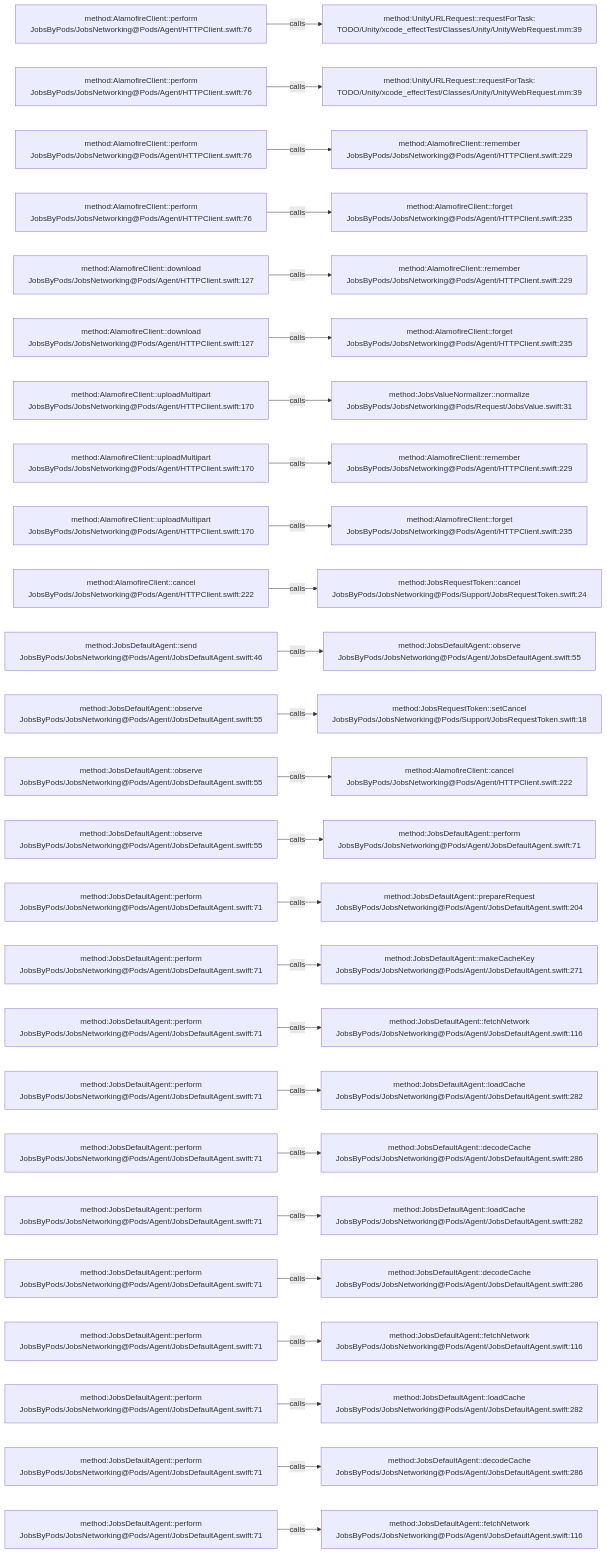
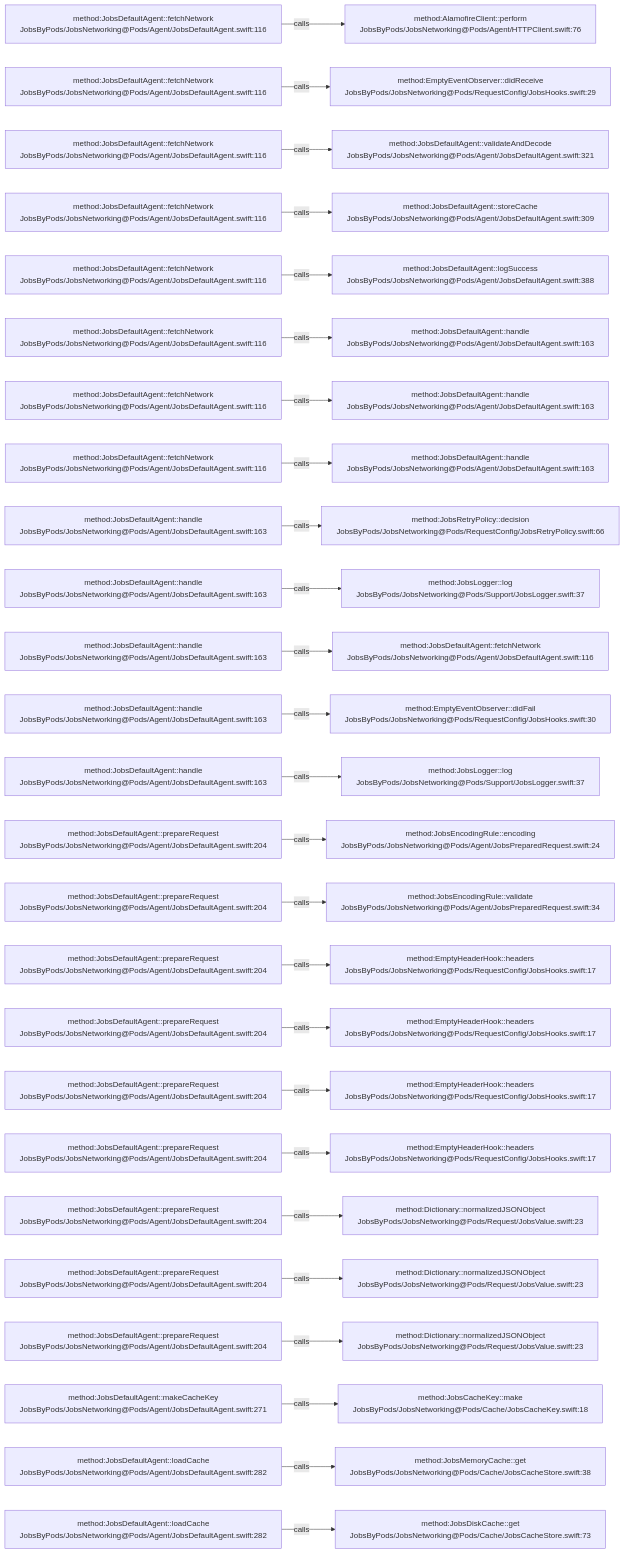
Before and after one commit to JobsKits/JobsSwiftBaseConfigDemo: the diagram in .codegraph/codegraph.md/graphs/calls-008.md, drawn with Mermaid. The commit also changed 2959 other files, not shown here.

````diff
--- a/.codegraph/codegraph.md/graphs/calls-008.md
+++ b/.codegraph/codegraph.md/graphs/calls-008.md
@@ -13,78 +13,78 @@
 ```mermaid
 flowchart LR
-  S1["method:AlamofireClient::perform<br/>JobsByPods/JobsNetworking@Pods/Agent/HTTPClient.swift:76"]
-  T1["method:UnityURLRequest::requestForTask:<br/>TODO/Unity/xcode_effectTest/Classes/Unity/UnityWebRequest.mm:39"]
+  S1["method:JobsDefaultAgent::fetchNetwork<br/>JobsByPods/JobsNetworking@Pods/Agent/JobsDefaultAgent.swift:116"]
+  T1["method:AlamofireClient::perform<br/>JobsByPods/JobsNetworking@Pods/Agent/HTTPClient.swift:76"]
   S1 -->|calls| T1
-  S2["method:AlamofireClient::perform<br/>JobsByPods/JobsNetworking@Pods/Agent/HTTPClient.swift:76"]
-  T2["method:UnityURLRequest::requestForTask:<br/>TODO/Unity/xcode_effectTest/Classes/Unity/UnityWebRequest.mm:39"]
+  S2["method:JobsDefaultAgent::fetchNetwork<br/>JobsByPods/JobsNetworking@Pods/Agent/JobsDefaultAgent.swift:116"]
+  T2["method:EmptyEventObserver::didReceive<br/>JobsByPods/JobsNetworking@Pods/RequestConfig/JobsHooks.swift:29"]
   S2 -->|calls| T2
-  S3["method:AlamofireClient::perform<br/>JobsByPods/JobsNetworking@Pods/Agent/HTTPClient.swift:76"]
-  T3["method:AlamofireClient::remember<br/>JobsByPods/JobsNetworking@Pods/Agent/HTTPClient.swift:229"]
+  S3["method:JobsDefaultAgent::fetchNetwork<br/>JobsByPods/JobsNetworking@Pods/Agent/JobsDefaultAgent.swift:116"]
+  T3["method:JobsDefaultAgent::validateAndDecode<br/>JobsByPods/JobsNetworking@Pods/Agent/JobsDefaultAgent.swift:321"]
   S3 -->|calls| T3
-  S4["method:AlamofireClient::perform<br/>JobsByPods/JobsNetworking@Pods/Agent/HTTPClient.swift:76"]
-  T4["method:AlamofireClient::forget<br/>JobsByPods/JobsNetworking@Pods/Agent/HTTPClient.swift:235"]
+  S4["method:JobsDefaultAgent::fetchNetwork<br/>JobsByPods/JobsNetworking@Pods/Agent/JobsDefaultAgent.swift:116"]
+  T4["method:JobsDefaultAgent::storeCache<br/>JobsByPods/JobsNetworking@Pods/Agent/JobsDefaultAgent.swift:309"]
   S4 -->|calls| T4
-  S5["method:AlamofireClient::download<br/>JobsByPods/JobsNetworking@Pods/Agent/HTTPClient.swift:127"]
-  T5["method:AlamofireClient::remember<br/>JobsByPods/JobsNetworking@Pods/Agent/HTTPClient.swift:229"]
+  S5["method:JobsDefaultAgent::fetchNetwork<br/>JobsByPods/JobsNetworking@Pods/Agent/JobsDefaultAgent.swift:116"]
+  T5["method:JobsDefaultAgent::logSuccess<br/>JobsByPods/JobsNetworking@Pods/Agent/JobsDefaultAgent.swift:388"]
   S5 -->|calls| T5
-  S6["method:AlamofireClient::download<br/>JobsByPods/JobsNetworking@Pods/Agent/HTTPClient.swift:127"]
-  T6["method:AlamofireClient::forget<br/>JobsByPods/JobsNetworking@Pods/Agent/HTTPClient.swift:235"]
+  S6["method:JobsDefaultAgent::fetchNetwork<br/>JobsByPods/JobsNetworking@Pods/Agent/JobsDefaultAgent.swift:116"]
+  T6["method:JobsDefaultAgent::handle<br/>JobsByPods/JobsNetworking@Pods/Agent/JobsDefaultAgent.swift:163"]
   S6 -->|calls| T6
-  S7["method:AlamofireClient::uploadMultipart<br/>JobsByPods/JobsNetworking@Pods/Agent/HTTPClient.swift:170"]
-  T7["method:JobsValueNormalizer::normalize<br/>JobsByPods/JobsNetworking@Pods/Request/JobsValue.swift:31"]
+  S7["method:JobsDefaultAgent::fetchNetwork<br/>JobsByPods/JobsNetworking@Pods/Agent/JobsDefaultAgent.swift:116"]
+  T7["method:JobsDefaultAgent::handle<br/>JobsByPods/JobsNetworking@Pods/Agent/JobsDefaultAgent.swift:163"]
   S7 -->|calls| T7
-  S8["method:AlamofireClient::uploadMultipart<br/>JobsByPods/JobsNetworking@Pods/Agent/HTTPClient.swift:170"]
-  T8["method:AlamofireClient::remember<br/>JobsByPods/JobsNetworking@Pods/Agent/HTTPClient.swift:229"]
+  S8["method:JobsDefaultAgent::fetchNetwork<br/>JobsByPods/JobsNetworking@Pods/Agent/JobsDefaultAgent.swift:116"]
+  T8["method:JobsDefaultAgent::handle<br/>JobsByPods/JobsNetworking@Pods/Agent/JobsDefaultAgent.swift:163"]
   S8 -->|calls| T8
-  S9["method:AlamofireClient::uploadMultipart<br/>JobsByPods/JobsNetworking@Pods/Agent/HTTPClient.swift:170"]
-  T9["method:AlamofireClient::forget<br/>JobsByPods/JobsNetworking@Pods/Agent/HTTPClient.swift:235"]
+  S9["method:JobsDefaultAgent::handle<br/>JobsByPods/JobsNetworking@Pods/Agent/JobsDefaultAgent.swift:163"]
+  T9["method:JobsRetryPolicy::decision<br/>JobsByPods/JobsNetworking@Pods/RequestConfig/JobsRetryPolicy.swift:66"]
   S9 -->|calls| T9
-  S10["method:AlamofireClient::cancel<br/>JobsByPods/JobsNetworking@Pods/Agent/HTTPClient.swift:222"]
-  T10["method:JobsRequestToken::cancel<br/>JobsByPods/JobsNetworking@Pods/Support/JobsRequestToken.swift:24"]
+  S10["method:JobsDefaultAgent::handle<br/>JobsByPods/JobsNetworking@Pods/Agent/JobsDefaultAgent.swift:163"]
+  T10["method:JobsLogger::log<br/>JobsByPods/JobsNetworking@Pods/Support/JobsLogger.swift:37"]
   S10 -->|calls| T10
-  S11["method:JobsDefaultAgent::send<br/>JobsByPods/JobsNetworking@Pods/Agent/JobsDefaultAgent.swift:46"]
-  T11["method:JobsDefaultAgent::observe<br/>JobsByPods/JobsNetworking@Pods/Agent/JobsDefaultAgent.swift:55"]
+  S11["method:JobsDefaultAgent::handle<br/>JobsByPods/JobsNetworking@Pods/Agent/JobsDefaultAgent.swift:163"]
+  T11["method:JobsDefaultAgent::fetchNetwork<br/>JobsByPods/JobsNetworking@Pods/Agent/JobsDefaultAgent.swift:116"]
   S11 -->|calls| T11
-  S12["method:JobsDefaultAgent::observe<br/>JobsByPods/JobsNetworking@Pods/Agent/JobsDefaultAgent.swift:55"]
-  T12["method:JobsRequestToken::setCancel<br/>JobsByPods/JobsNetworking@Pods/Support/JobsRequestToken.swift:18"]
+  S12["method:JobsDefaultAgent::handle<br/>JobsByPods/JobsNetworking@Pods/Agent/JobsDefaultAgent.swift:163"]
+  T12["method:EmptyEventObserver::didFail<br/>JobsByPods/JobsNetworking@Pods/RequestConfig/JobsHooks.swift:30"]
   S12 -->|calls| T12
-  S13["method:JobsDefaultAgent::observe<br/>JobsByPods/JobsNetworking@Pods/Agent/JobsDefaultAgent.swift:55"]
-  T13["method:AlamofireClient::cancel<br/>JobsByPods/JobsNetworking@Pods/Agent/HTTPClient.swift:222"]
+  S13["method:JobsDefaultAgent::handle<br/>JobsByPods/JobsNetworking@Pods/Agent/JobsDefaultAgent.swift:163"]
+  T13["method:JobsLogger::log<br/>JobsByPods/JobsNetworking@Pods/Support/JobsLogger.swift:37"]
   S13 -->|calls| T13
-  S14["method:JobsDefaultAgent::observe<br/>JobsByPods/JobsNetworking@Pods/Agent/JobsDefaultAgent.swift:55"]
-  T14["method:JobsDefaultAgent::perform<br/>JobsByPods/JobsNetworking@Pods/Agent/JobsDefaultAgent.swift:71"]
+  S14["method:JobsDefaultAgent::prepareRequest<br/>JobsByPods/JobsNetworking@Pods/Agent/JobsDefaultAgent.swift:204"]
+  T14["method:JobsEncodingRule::encoding<br/>JobsByPods/JobsNetworking@Pods/Agent/JobsPreparedRequest.swift:24"]
   S14 -->|calls| T14
-  S15["method:JobsDefaultAgent::perform<br/>JobsByPods/JobsNetworking@Pods/Agent/JobsDefaultAgent.swift:71"]
-  T15["method:JobsDefaultAgent::prepareRequest<br/>JobsByPods/JobsNetworking@Pods/Agent/JobsDefaultAgent.swift:204"]
+  S15["method:JobsDefaultAgent::prepareRequest<br/>JobsByPods/JobsNetworking@Pods/Agent/JobsDefaultAgent.swift:204"]
+  T15["method:JobsEncodingRule::validate<br/>JobsByPods/JobsNetworking@Pods/Agent/JobsPreparedRequest.swift:34"]
   S15 -->|calls| T15
-  S16["method:JobsDefaultAgent::perform<br/>JobsByPods/JobsNetworking@Pods/Agent/JobsDefaultAgent.swift:71"]
-  T16["method:JobsDefaultAgent::makeCacheKey<br/>JobsByPods/JobsNetworking@Pods/Agent/JobsDefaultAgent.swift:271"]
+  S16["method:JobsDefaultAgent::prepareRequest<br/>JobsByPods/JobsNetworking@Pods/Agent/JobsDefaultAgent.swift:204"]
+  T16["method:EmptyHeaderHook::headers<br/>JobsByPods/JobsNetworking@Pods/RequestConfig/JobsHooks.swift:17"]
   S16 -->|calls| T16
-  S17["method:JobsDefaultAgent::perform<br/>JobsByPods/JobsNetworking@Pods/Agent/JobsDefaultAgent.swift:71"]
-  T17["method:JobsDefaultAgent::fetchNetwork<br/>JobsByPods/JobsNetworking@Pods/Agent/JobsDefaultAgent.swift:116"]
+  S17["method:JobsDefaultAgent::prepareRequest<br/>JobsByPods/JobsNetworking@Pods/Agent/JobsDefaultAgent.swift:204"]
+  T17["method:EmptyHeaderHook::headers<br/>JobsByPods/JobsNetworking@Pods/RequestConfig/JobsHooks.swift:17"]
   S17 -->|calls| T17
-  S18["method:JobsDefaultAgent::perform<br/>JobsByPods/JobsNetworking@Pods/Agent/JobsDefaultAgent.swift:71"]
-  T18["method:JobsDefaultAgent::loadCache<br/>JobsByPods/JobsNetworking@Pods/Agent/JobsDefaultAgent.swift:282"]
+  S18["method:JobsDefaultAgent::prepareRequest<br/>JobsByPods/JobsNetworking@Pods/Agent/JobsDefaultAgent.swift:204"]
+  T18["method:EmptyHeaderHook::headers<br/>JobsByPods/JobsNetworking@Pods/RequestConfig/JobsHooks.swift:17"]
   S18 -->|calls| T18
-  S19["method:JobsDefaultAgent::perform<br/>JobsByPods/JobsNetworking@Pods/Agent/JobsDefaultAgent.swift:71"]
-  T19["method:JobsDefaultAgent::decodeCache<br/>JobsByPods/JobsNetworking@Pods/Agent/JobsDefaultAgent.swift:286"]
+  S19["method:JobsDefaultAgent::prepareRequest<br/>JobsByPods/JobsNetworking@Pods/Agent/JobsDefaultAgent.swift:204"]
+  T19["method:EmptyHeaderHook::headers<br/>JobsByPods/JobsNetworking@Pods/RequestConfig/JobsHooks.swift:17"]
   S19 -->|calls| T19
-  S20["method:JobsDefaultAgent::perform<br/>JobsByPods/JobsNetworking@Pods/Agent/JobsDefaultAgent.swift:71"]
-  T20["method:JobsDefaultAgent::loadCache<br/>JobsByPods/JobsNetworking@Pods/Agent/JobsDefaultAgent.swift:282"]
+  S20["method:JobsDefaultAgent::prepareRequest<br/>JobsByPods/JobsNetworking@Pods/Agent/JobsDefaultAgent.swift:204"]
+  T20["method:Dictionary::normalizedJSONObject<br/>JobsByPods/JobsNetworking@Pods/Request/JobsValue.swift:23"]
   S20 -->|calls| T20
-  S21["method:JobsDefaultAgent::perform<br/>JobsByPods/JobsNetworking@Pods/Agent/JobsDefaultAgent.swift:71"]
-  T21["method:JobsDefaultAgent::decodeCache<br/>JobsByPods/JobsNetworking@Pods/Agent/JobsDefaultAgent.swift:286"]
+  S21["method:JobsDefaultAgent::prepareRequest<br/>JobsByPods/JobsNetworking@Pods/Agent/JobsDefaultAgent.swift:204"]
+  T21["method:Dictionary::normalizedJSONObject<br/>JobsByPods/JobsNetworking@Pods/Request/JobsValue.swift:23"]
   S21 -->|calls| T21
-  S22["method:JobsDefaultAgent::perform<br/>JobsByPods/JobsNetworking@Pods/Agent/JobsDefaultAgent.swift:71"]
-  T22["method:JobsDefaultAgent::fetchNetwork<br/>JobsByPods/JobsNetworking@Pods/Agent/JobsDefaultAgent.swift:116"]
+  S22["method:JobsDefaultAgent::prepareRequest<br/>JobsByPods/JobsNetworking@Pods/Agent/JobsDefaultAgent.swift:204"]
+  T22["method:Dictionary::normalizedJSONObject<br/>JobsByPods/JobsNetworking@Pods/Request/JobsValue.swift:23"]
   S22 -->|calls| T22
-  S23["method:JobsDefaultAgent::perform<br/>JobsByPods/JobsNetworking@Pods/Agent/JobsDefaultAgent.swift:71"]
-  T23["method:JobsDefaultAgent::loadCache<br/>JobsByPods/JobsNetworking@Pods/Agent/JobsDefaultAgent.swift:282"]
+  S23["method:JobsDefaultAgent::makeCacheKey<br/>JobsByPods/JobsNetworking@Pods/Agent/JobsDefaultAgent.swift:271"]
+  T23["method:JobsCacheKey::make<br/>JobsByPods/JobsNetworking@Pods/Cache/JobsCacheKey.swift:18"]
   S23 -->|calls| T23
-  S24["method:JobsDefaultAgent::perform<br/>JobsByPods/JobsNetworking@Pods/Agent/JobsDefaultAgent.swift:71"]
-  T24["method:JobsDefaultAgent::decodeCache<br/>JobsByPods/JobsNetworking@Pods/Agent/JobsDefaultAgent.swift:286"]
+  S24["method:JobsDefaultAgent::loadCache<br/>JobsByPods/JobsNetworking@Pods/Agent/JobsDefaultAgent.swift:282"]
+  T24["method:JobsMemoryCache::get<br/>JobsByPods/JobsNetworking@Pods/Cache/JobsCacheStore.swift:38"]
   S24 -->|calls| T24
-  S25["method:JobsDefaultAgent::perform<br/>JobsByPods/JobsNetworking@Pods/Agent/JobsDefaultAgent.swift:71"]
-  T25["method:JobsDefaultAgent::fetchNetwork<br/>JobsByPods/JobsNetworking@Pods/Agent/JobsDefaultAgent.swift:116"]
+  S25["method:JobsDefaultAgent::loadCache<br/>JobsByPods/JobsNetworking@Pods/Agent/JobsDefaultAgent.swift:282"]
+  T25["method:JobsDiskCache::get<br/>JobsByPods/JobsNetworking@Pods/Cache/JobsCacheStore.swift:73"]
   S25 -->|calls| T25
 ```
````
